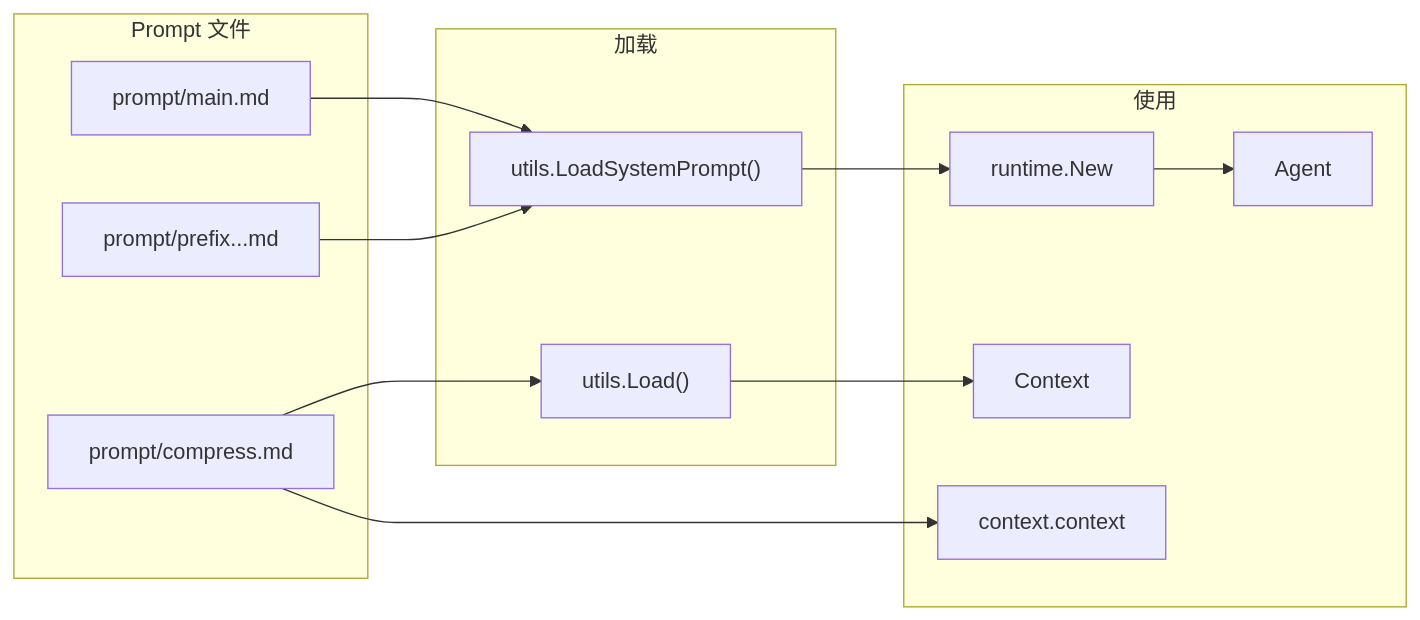
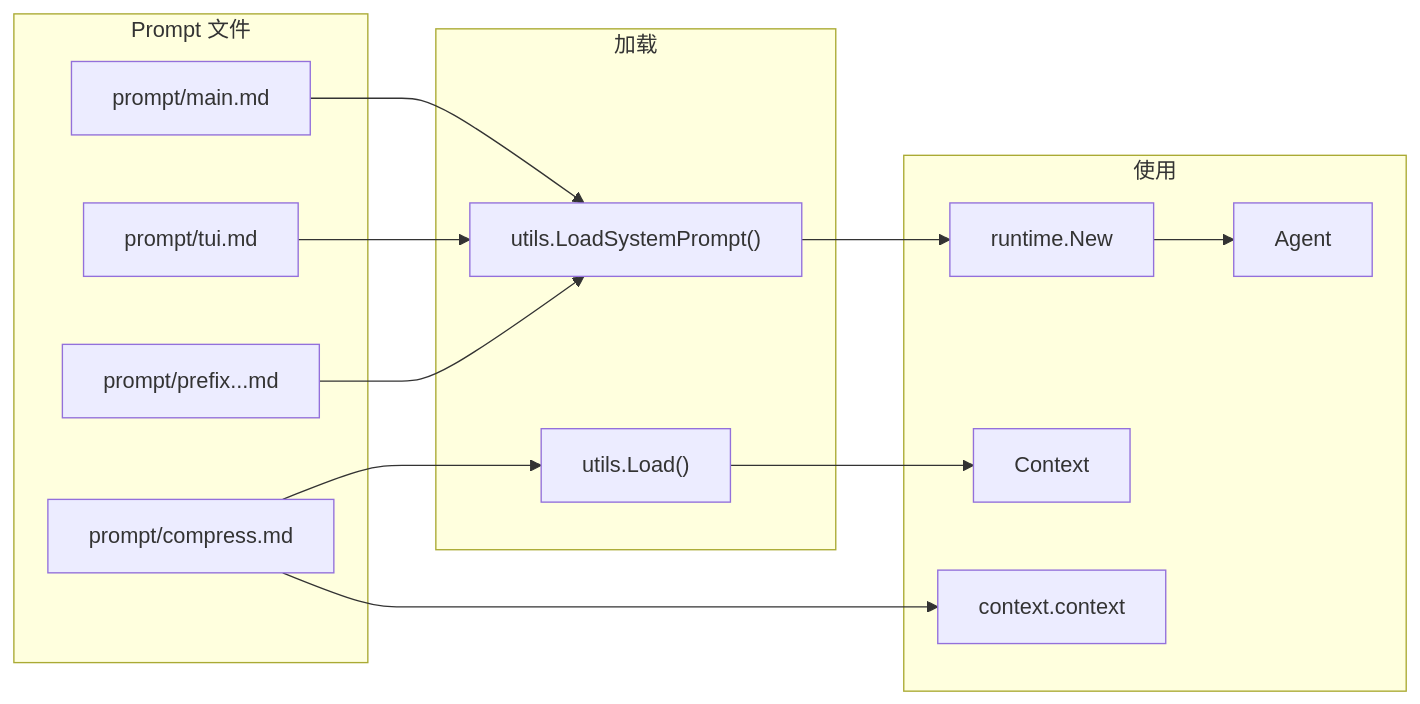
The diagram in doc/prompt.md (Ozqi/5hAgent), drawn with Mermaid before and after one commit. The commit also changed other lines of this file and 31 other files, not shown here.

````diff
--- a/doc/prompt.md
+++ b/doc/prompt.md
@@ -5,26 +5,28 @@
 ```mermaid
 flowchart LR
     subgraph File["Prompt 文件"]
         main["prompt/main.md"]
+        tui["prompt/tui.md"]
         prefix["prompt/prefix.<provider>.<model>.md"]
         compress["prompt/compress.md"]
     end
 
     subgraph Load["加载"]
         load["utils.Load()"]
         system["utils.LoadSystemPrompt()"]
     end
 
     subgraph Use["使用"]
         runtime["runtime.New"]
         agent["Agent"]
         context["Context"]
         ctxtool["context.context"]
     end
 
     main --> system
+    tui --> system
     prefix --> system
     system --> runtime --> agent
     compress --> load --> context
     compress --> ctxtool
 ```
````
